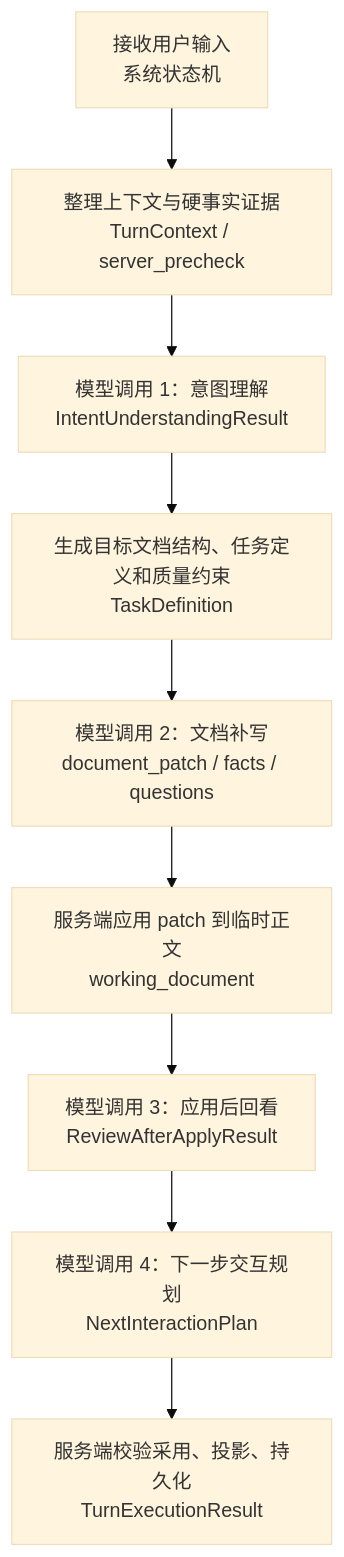
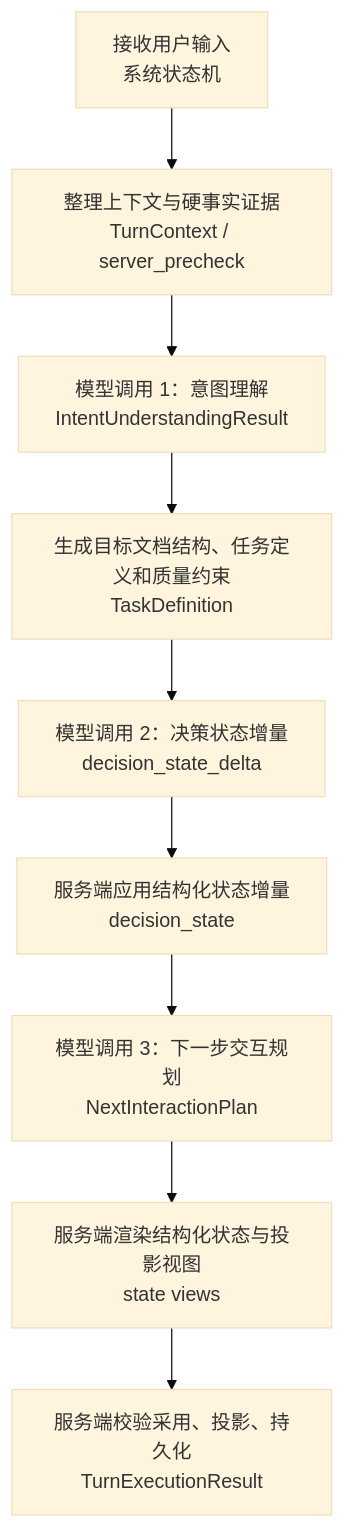
Before and after one commit to wgwtest/CodeFactoryV2: diagram 26 of 35 in DOC/CODEX_DOC/02_设计说明/P2_需求分析系统/P2-需求分析系统设计.md, drawn with Mermaid (base theme). The commit also changed other lines of this file and 37 other files, not shown here.

Commit message:
feat: refine p2 requirement analysis decision flow

````diff
--- a/DOC/CODEX_DOC/02_设计说明/P2_需求分析系统/P2-需求分析系统设计.md
+++ b/DOC/CODEX_DOC/02_设计说明/P2_需求分析系统/P2-需求分析系统设计.md
@@ -3296,14 +3295,14 @@
 ```mermaid
 flowchart TB
   A["接收用户输入<br/>系统状态机"]
   B["整理上下文与硬事实证据<br/>TurnContext / server_precheck"]
   C["模型调用 1：意图理解<br/>IntentUnderstandingResult"]
   D["生成目标文档结构、任务定义和质量约束<br/>TaskDefinition"]
-  E["模型调用 2：文档补写<br/>document_patch / facts / questions"]
-  F["服务端应用 patch 到临时正文<br/>working_document"]
-  G["模型调用 3：应用后回看<br/>ReviewAfterApplyResult"]
-  H["模型调用 4：下一步交互规划<br/>NextInteractionPlan"]
+  E["模型调用 2：决策状态增量<br/>decision_state_delta"]
+  F["服务端应用结构化状态增量<br/>decision_state"]
+  G["模型调用 3：下一步交互规划<br/>NextInteractionPlan"]
+  H["服务端渲染结构化状态与投影视图<br/>state views"]
   I["服务端校验采用、投影、持久化<br/>TurnExecutionResult"]
 
   A --> B --> C --> D --> E --> F --> G --> H --> I
 ```
````
